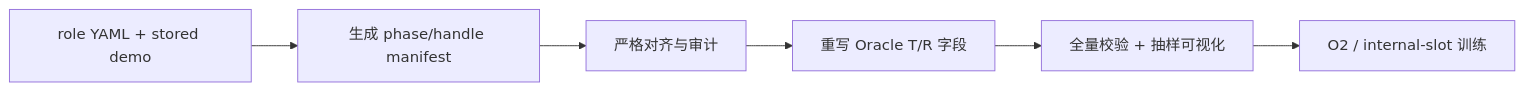
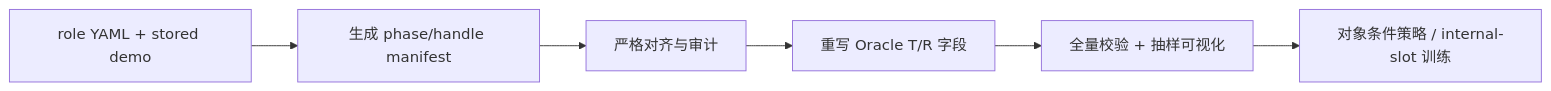
The diagram in docs/guides/semantic-gt.md (YW310/BridgeVLA), drawn with Mermaid before and after one commit. The commit also changed other lines of this file and 18 other files, not shown here.

````diff
--- a/docs/guides/semantic-gt.md
+++ b/docs/guides/semantic-gt.md
@@ -23,8 +23,8 @@
 ```mermaid
 flowchart LR
     A[role YAML + stored demo] --> B[生成 phase/handle manifest]
     B --> C[严格对齐与审计]
     C --> D[重写 Oracle T/R 字段]
     D --> E[全量校验 + 抽样可视化]
-    E --> F[O2 / internal-slot 训练]
+    E --> F[对象条件策略 / internal-slot 训练]
 ```
````
